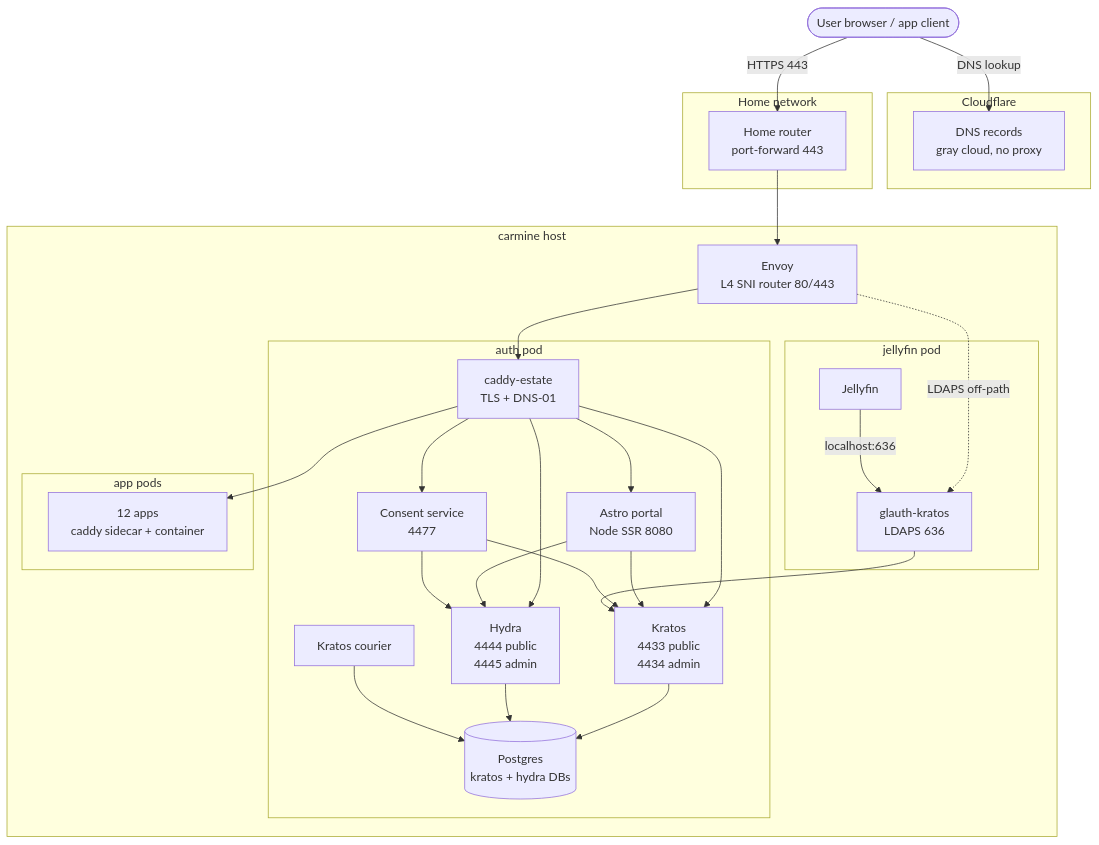
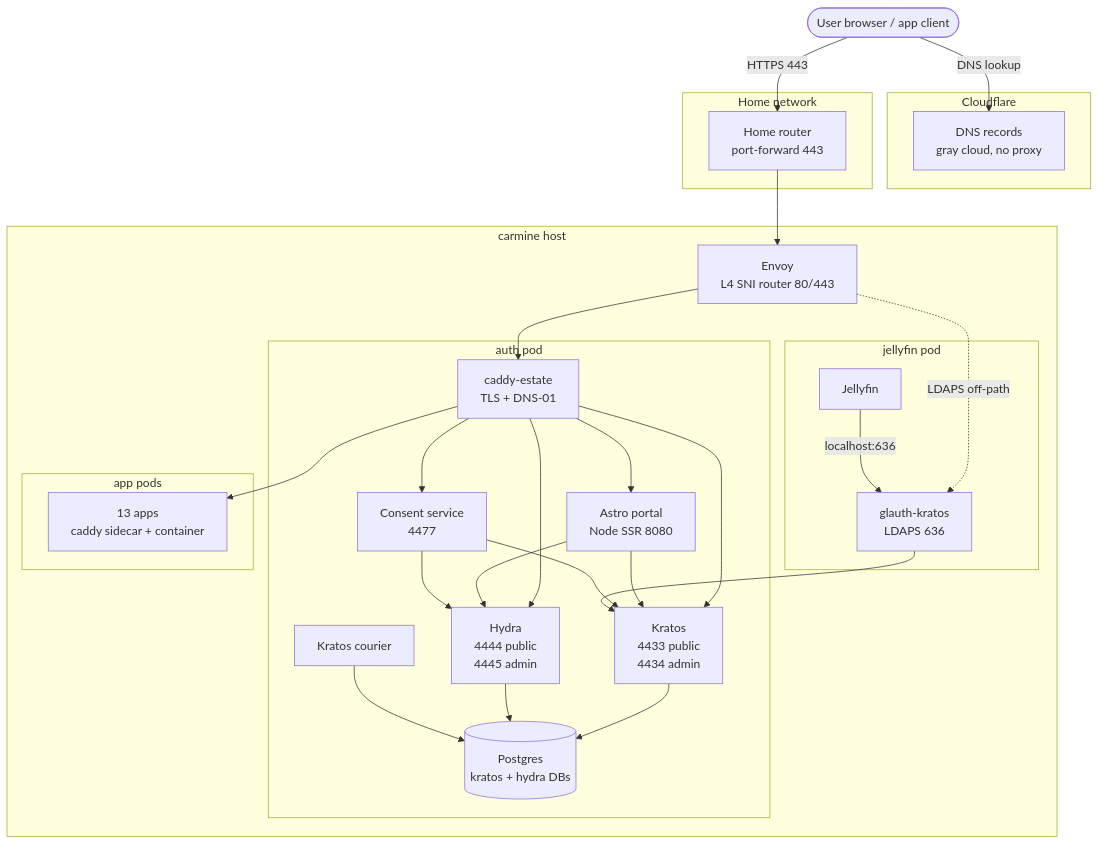
One commit to andrewdunndev/othala changed the diagram in README.md. Above: the diagram before and after it, drawn with Mermaid. The commit also changed other lines of this file and 4 other files, not shown here.

````diff
--- a/README.md
+++ b/README.md
@@ -39,55 +45,55 @@
 ```mermaid
 flowchart TB
   user([User browser / app client])
 
   subgraph CF[Cloudflare]
     dns[DNS records<br/>gray cloud, no proxy]
   end
 
   subgraph Home[Home network]
     router[Home router<br/>port-forward 443]
   end
 
   subgraph Carmine[carmine host]
     envoy[Envoy<br/>L4 SNI router 80/443]
 
     subgraph AuthPod[auth pod]
       caddy[caddy-estate<br/>TLS + DNS-01]
       kratos[Kratos<br/>4433 public<br/>4434 admin]
       hydra[Hydra<br/>4444 public<br/>4445 admin]
       consent[Consent service<br/>4477]
       portal[Astro portal<br/>Node SSR 8080]
       courier[Kratos courier]
       pg[(Postgres<br/>kratos + hydra DBs)]
     end
 
     subgraph JellyfinPod[jellyfin pod]
       bridge[glauth-kratos<br/>LDAPS 636]
       jellyfin[Jellyfin]
     end
 
     subgraph AppPods[app pods]
-      apps[12 apps<br/>caddy sidecar + container]
+      apps[13 apps<br/>caddy sidecar + container]
     end
   end
 
   user -->|DNS lookup| dns
   user -->|HTTPS 443| router
   router --> envoy
   envoy --> caddy
   envoy -.LDAPS off-path.-> bridge
   caddy --> kratos
   caddy --> hydra
   caddy --> consent
   caddy --> portal
   caddy --> apps
   portal --> kratos
   portal --> hydra
   consent --> hydra
   consent --> kratos
   kratos --> pg
   hydra --> pg
   courier --> pg
   bridge --> kratos
   jellyfin -->|localhost:636| bridge
 ```
````
